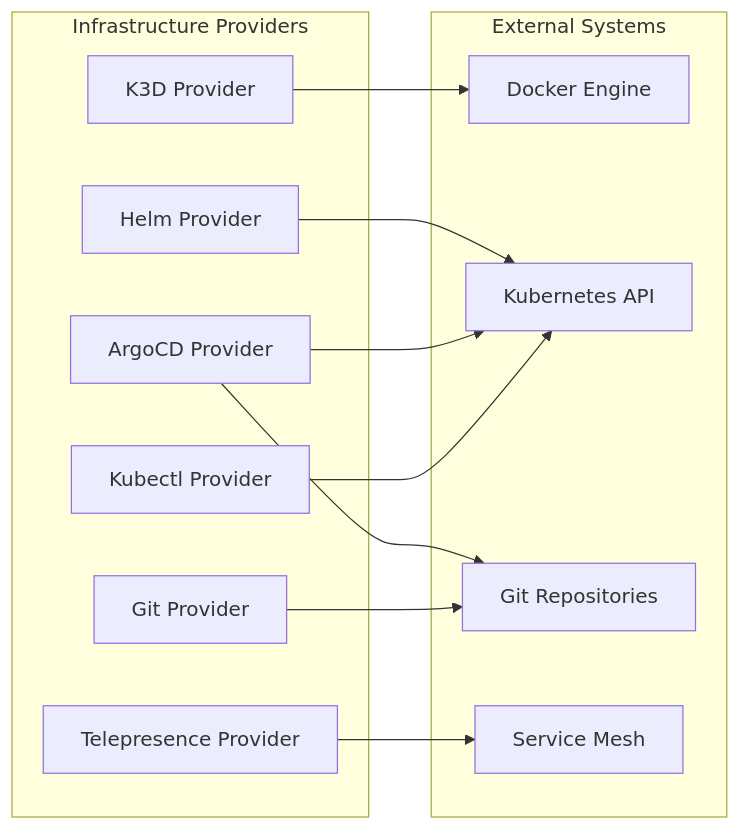
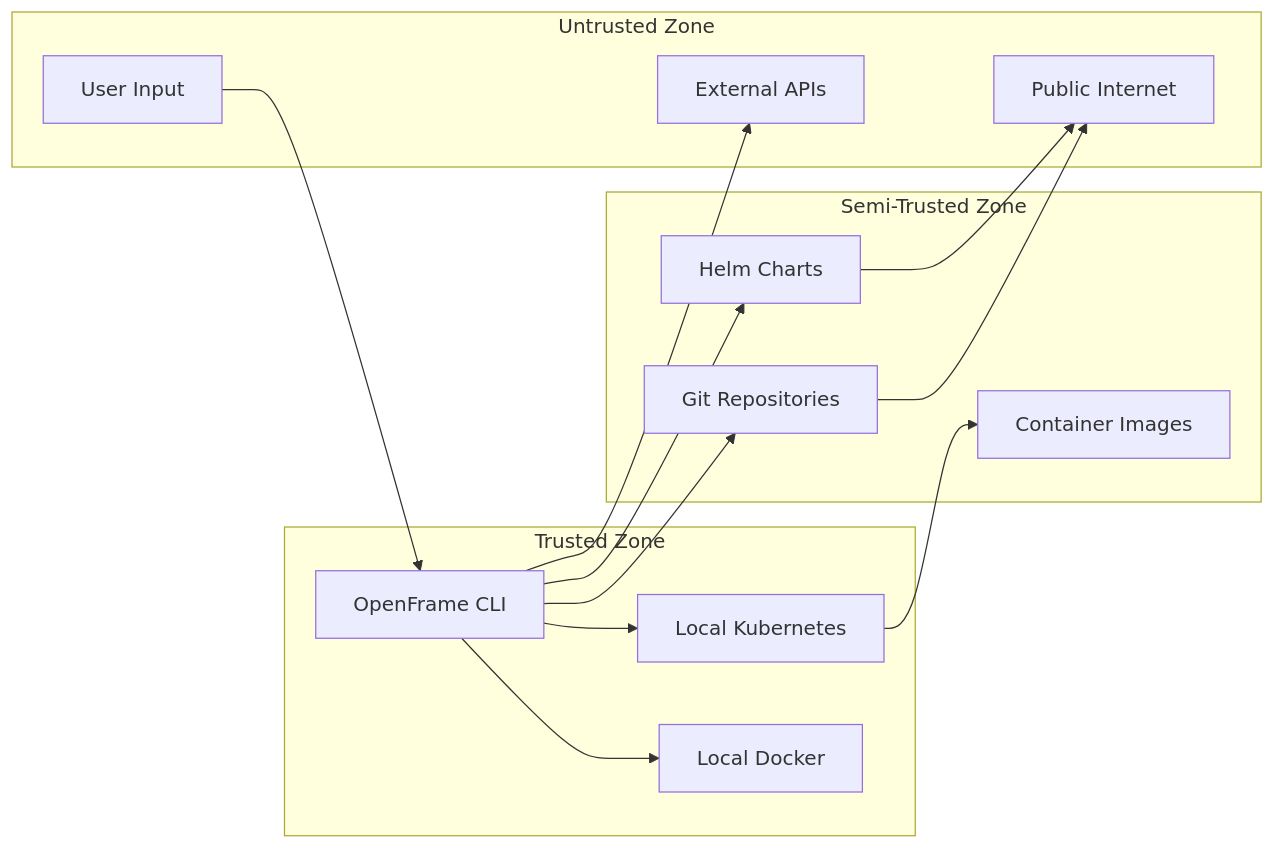
Before and after one commit to Praesto-Pro/openframe-cli: the seventh of 8 diagrams in docs/development/architecture/README.md, drawn with Mermaid. The commit also changed other lines of this file and 19 other files, not shown here.

````diff
--- a/docs/development/architecture/README.md
+++ b/docs/development/architecture/README.md
@@ -212,21 +457,31 @@
 ```mermaid
 graph LR
-    subgraph "Infrastructure Providers"
-        K3D[K3D Provider]
-        Helm[Helm Provider] 
-        ArgoCD[ArgoCD Provider]
-        Kubectl[Kubectl Provider]
-        Git[Git Provider]
-        Telepresence[Telepresence Provider]
+    subgraph "Trusted Zone"
+        A[OpenFrame CLI]
+        B[Local Kubernetes]
+        C[Local Docker]
     end
     
-    subgraph "External Systems"
-        K3D --> Docker[Docker Engine]
-        Helm --> K8sCluster[Kubernetes API]
-        ArgoCD --> K8sCluster
-        ArgoCD --> GitRepo[Git Repositories]
-        Kubectl --> K8sCluster
-        Git --> GitRepo
-        Telepresence --> ServiceMesh[Service Mesh]
+    subgraph "Semi-Trusted Zone"
+        D[Container Images]
+        E[Helm Charts]
+        F[Git Repositories]
     end
+    
+    subgraph "Untrusted Zone"
+        G[Public Internet]
+        H[External APIs]
+        I[User Input]
+    end
+    
+    A --> B
+    A --> C
+    B --> D
+    A --> E
+    A --> F
+    
+    E --> G
+    F --> G
+    A --> H
+    I --> A
 ```
````
